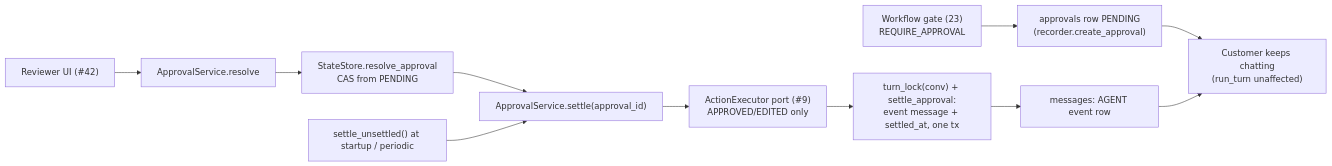
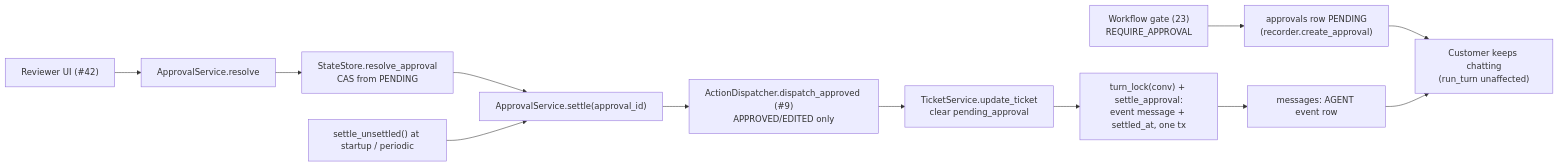
The diagram in docs/plans/32-approval_lifecycle_resume/design.md (yaara-manor/cato-networks), drawn with Mermaid before and after one commit. The commit also changed other lines of this file, not shown here.

Commit message:
docs(plans): design 32 apply decisions, align with 31 dispatcher

````diff
--- a/docs/plans/32-approval_lifecycle_resume/design.md
+++ b/docs/plans/32-approval_lifecycle_resume/design.md
@@ -21,13 +23,15 @@
 ```mermaid
 flowchart LR
     W["Workflow gate (23)\nREQUIRE_APPROVAL"] --> P["approvals row PENDING\n(recorder.create_approval)"]
     P --> C["Customer keeps chatting\n(run_turn unaffected)"]
     R["Reviewer UI (#42)"] --> RS["ApprovalService.resolve"]
     RS --> CAS["StateStore.resolve_approval\nCAS from PENDING"]
     CAS --> S["ApprovalService.settle(approval_id)"]
-    S --> X["ActionExecutor port (#9)\nAPPROVED/EDITED only"]
-    X --> N["turn_lock(conv) + settle_approval:\nevent message + settled_at, one tx"]
+    S --> X["ActionDispatcher.dispatch_approved (#9)\nAPPROVED/EDITED only"]
+    X --> T["TicketService.update_ticket\nclear pending_approval"]
+    T --> N
+    N["turn_lock(conv) + settle_approval:\nevent message + settled_at, one tx"]
     N --> M["messages: AGENT event row"]
     M --> C
     Sweep["settle_unsettled() at startup / periodic"] --> S
 ```
````
